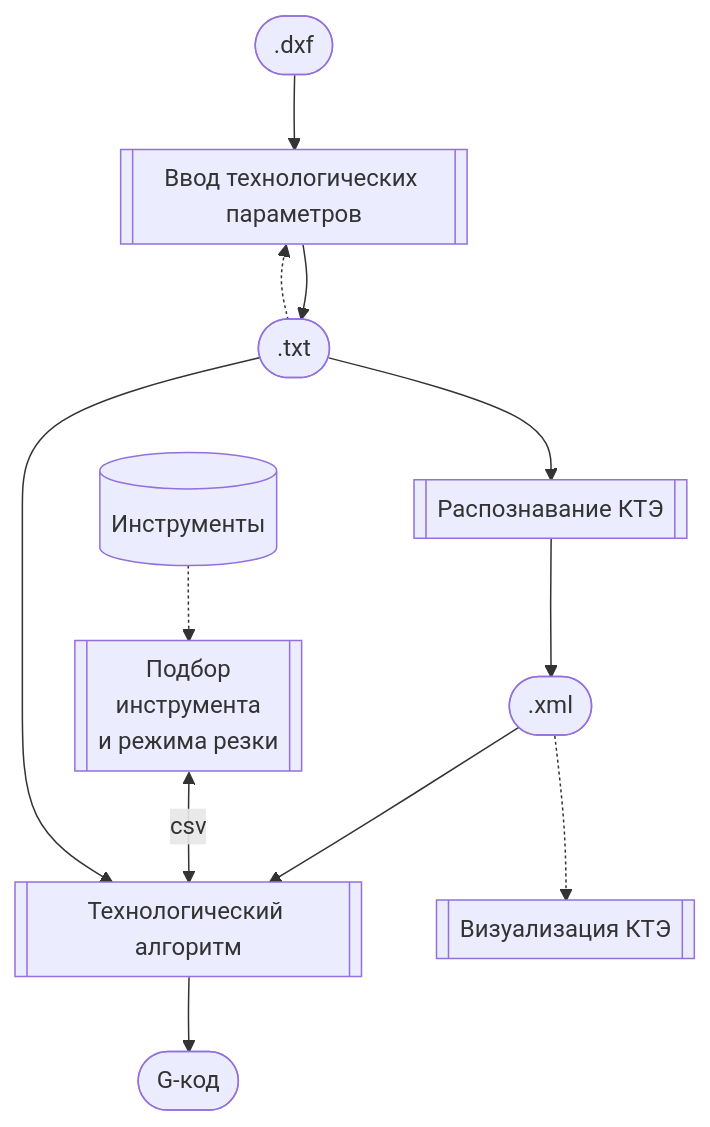
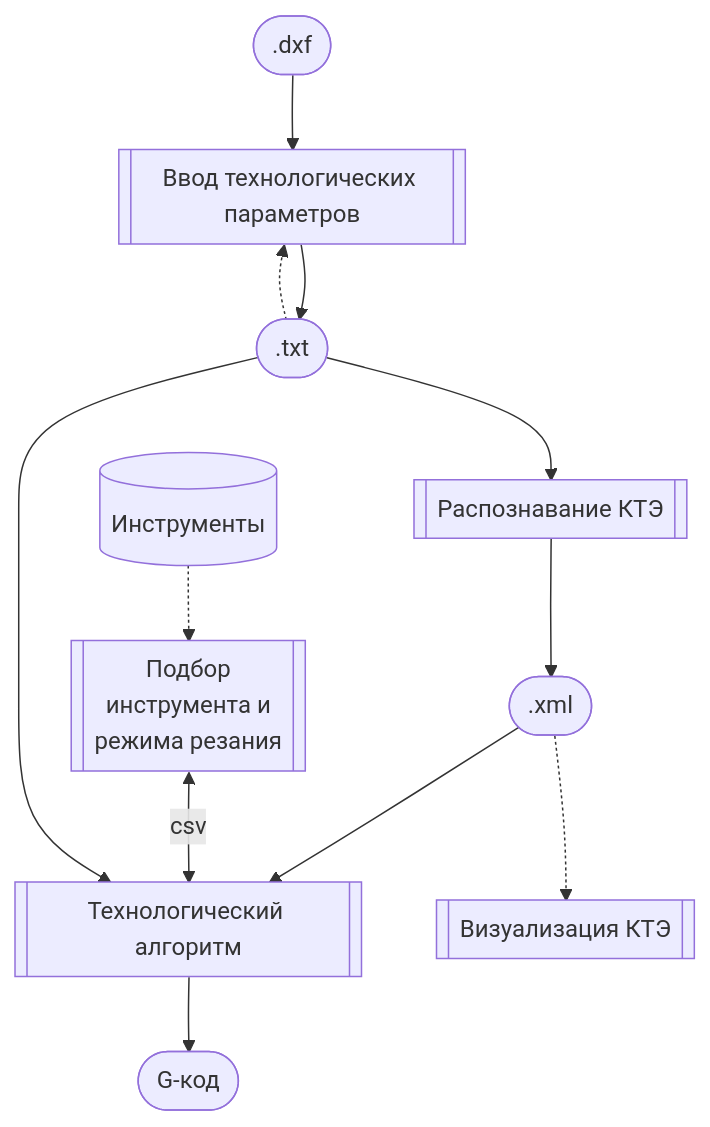
The diagram in doc/readme.md (ukoloff/kte), drawn with Mermaid before and after one commit.

Commit message:
Exact word

````diff
--- a/doc/readme.md
+++ b/doc/readme.md
@@ -5,22 +5,20 @@
 ```mermaid
 %% VSCode:
 %% bierner.markdown-mermaid
 %% bpruitt-goddard.mermaid-markdown-syntax-highlighting
 
 flowchart TD
 
 DXF([.dxf]) --> S0[[Ввод технологических параметров]]
 S0 --> TXT([.txt])
 TXT --> S1[[Распознавание КТЭ]]
 TXT -.-> S0
 S1 --> XML([.xml])
 XML --> S2[[Технологический алгоритм]]
 XML -.-> V[[Визуализация КТЭ]]
 S2 --> G([G-код])
-DB[[Подбор <br>инструмента <br>и режима резки]] <--csv--> S2
+DB[[Подбор <br>инструмента и<br> режима резания]] <--csv--> S2
 XLS[(Инструменты)] -.-> DB
 TXT --> S2
 
-%% click XML href "a"
-
 ```
````
